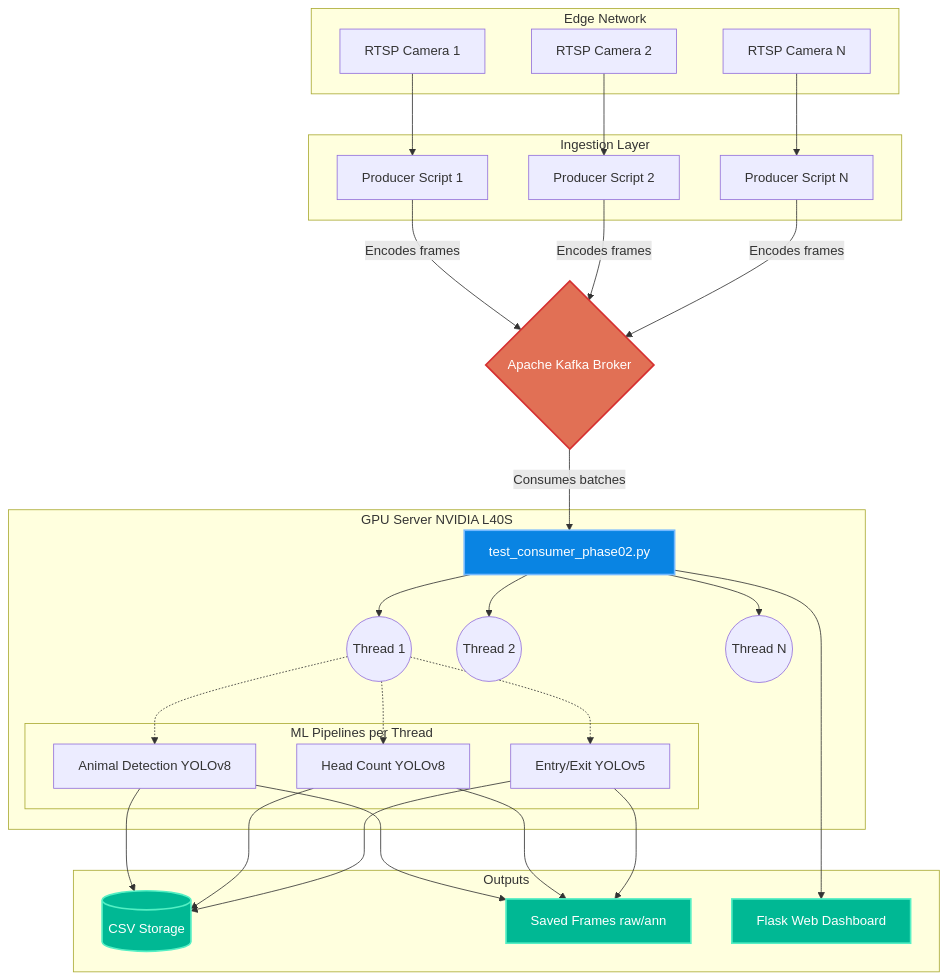
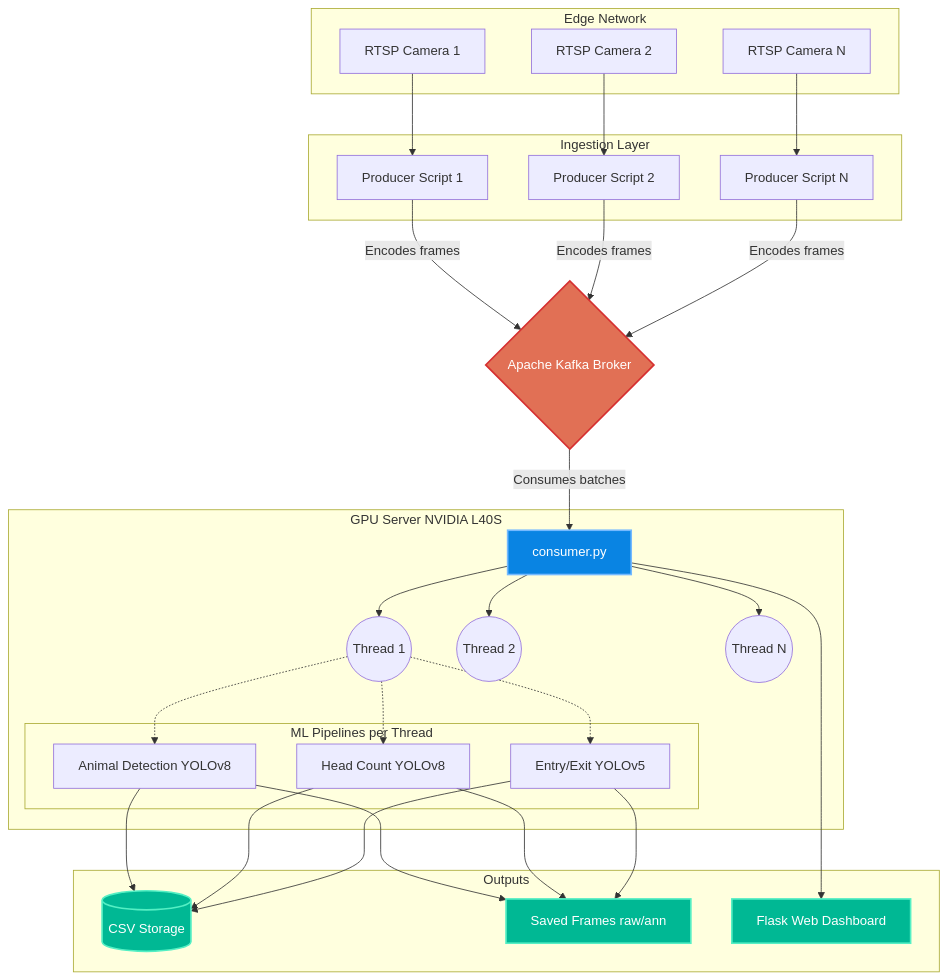
Before and after one commit to singhtejpreet2004/multi_pipeline_consumer: the diagram in README.md, drawn with Mermaid. The commit also changed other lines of this file and 19 other files, not shown here.

````diff
--- a/README.md
+++ b/README.md
@@ -11,60 +11,60 @@
 ```mermaid
 graph TD
     %% Define Styles
     classDef hardware fill:#2d3436,stroke:#74b9ff,stroke-width:2px,color:#fff
     classDef kafka fill:#e17055,stroke:#d63031,stroke-width:2px,color:#fff
     classDef consumer fill:#0984e3,stroke:#74b9ff,stroke-width:2px,color:#fff
     classDef output fill:#00b894,stroke:#55efc4,stroke-width:2px,color:#fff
 
     %% Nodes
     subgraph Edge Network
         C1[RTSP Camera 1]
         C2[RTSP Camera 2]
         C3[RTSP Camera N]
     end
 
     subgraph Ingestion Layer
         P1[Producer Script 1]
         P2[Producer Script 2]
         P3[Producer Script N]
     end
 
     K{Apache Kafka Broker}:::kafka
 
     subgraph GPU Server NVIDIA L40S
-        Consumer[test_consumer_phase02.py]:::consumer
+        Consumer[consumer.py]:::consumer
         T1((Thread 1))
         T2((Thread 2))
         TN((Thread N))
         
         Consumer --> T1 & T2 & TN
         
         subgraph ML Pipelines per Thread
             AN[Animal Detection YOLOv8]
             HC[Head Count YOLOv8]
             EE[Entry/Exit YOLOv5]
         end
         T1 -.-> AN & HC & EE
     end
 
     subgraph Outputs
         DB[(CSV Storage)]:::output
         FS[Saved Frames raw/ann]:::output
         WS[Flask Web Dashboard]:::output
     end
 
     %% Connections
     C1 --> P1
     C2 --> P2
     C3 --> P3
     
     P1 -->|Encodes frames| K
     P2 -->|Encodes frames| K
     P3 -->|Encodes frames| K
     
     K -->|Consumes batches| Consumer
     
     AN & HC & EE --> DB
     AN & HC & EE --> FS
     Consumer --> WS
 ```
````
